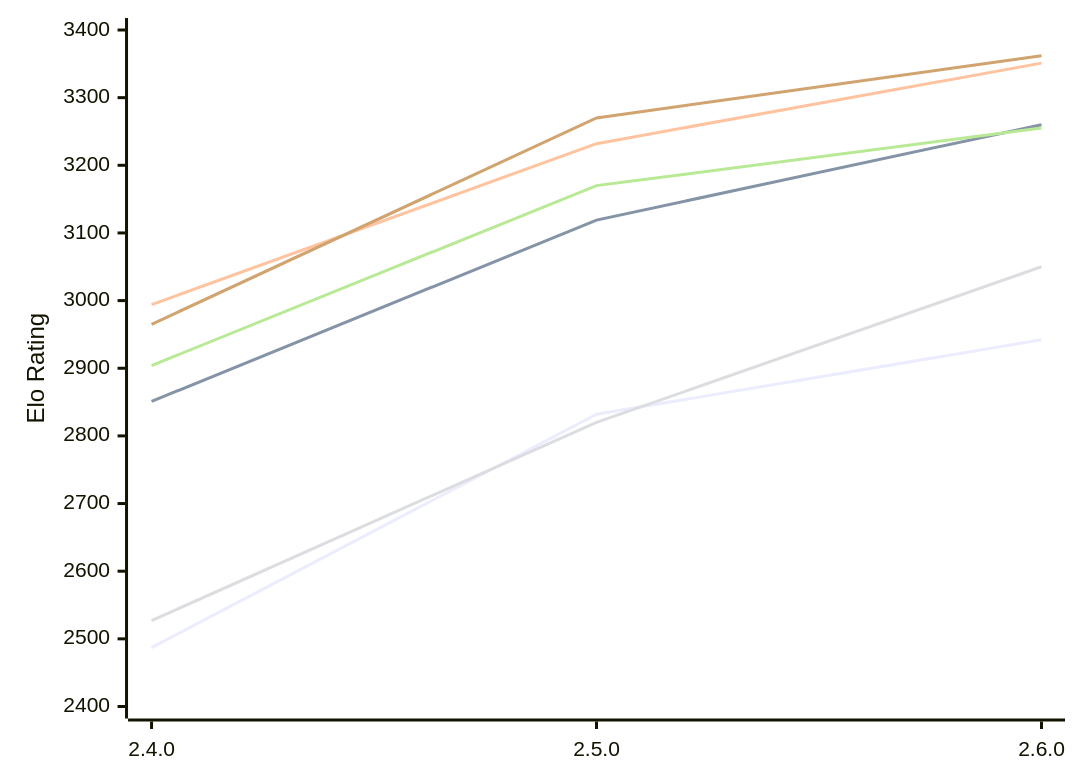
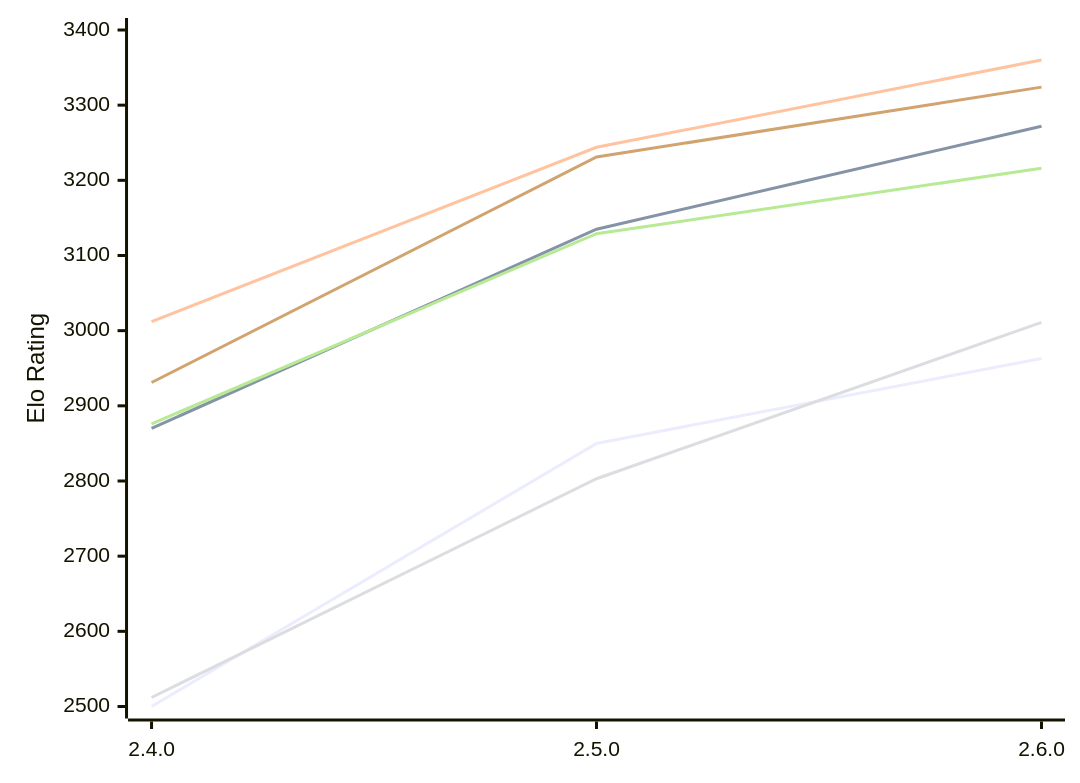
The diagram in engines/Rarog.md (computer-chess-index/cci), drawn with Mermaid before and after one commit. The commit also changed other lines of this file, not shown here.

Commit message:
Update CCI Ratings (ELO VLTC) - 2026-11-14

````diff
--- a/engines/Rarog.md
+++ b/engines/Rarog.md
@@ -51,12 +51,12 @@
 ```mermaid
 %%{init: {"theme":"base","themeVariables":{"seriesColors:['#a3a3a3','#222221','#faa371']}}}%%
 xychart-beta
   x-axis ["2.4.0", "2.5.0", "2.6.0"]
-  y-axis "Elo Rating" 2400 --> 3400
-  line "E1: STC (8.0+0.08s)" [2487, 2832, 2942]
-  line "E1: LTC (60.0+0.60s)" [2851, 3119, 3260]
-  line "E1: VLTC (2m24s+1.12s)" [2994, 3232, 3351]
-  line "P1: STC (8.0+0.08s)" [2527, 2820, 3050]
-  line "P1: LTC (60.0+0.60s)" [2904, 3170, 3255]
-  line "P1: VLTC (2m24s+1.12s)" [2965, 3270, 3362]
+  y-axis "Elo Rating" 2500 --> 3400
+  line "E1: STC (8.0+0.08s)" [2500, 2850, 2963]
+  line "E1: LTC (60.0+0.60s)" [2870, 3135, 3272]
+  line "E1: VLTC (2m24s+1.12s)" [3012, 3244, 3360]
+  line "P1: STC (8.0+0.08s)" [2512, 2803, 3011]
+  line "P1: LTC (60.0+0.60s)" [2876, 3129, 3216]
+  line "P1: VLTC (2m24s+1.12s)" [2931, 3231, 3324]
 ```
````
